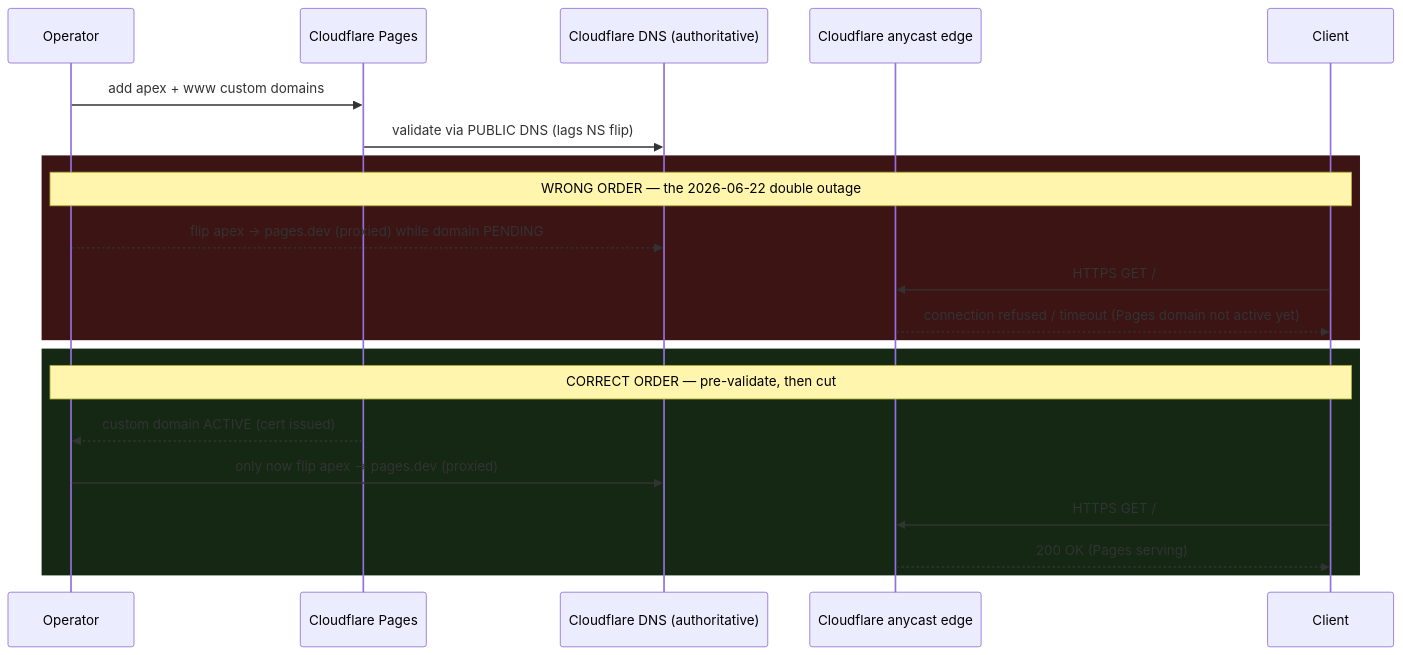
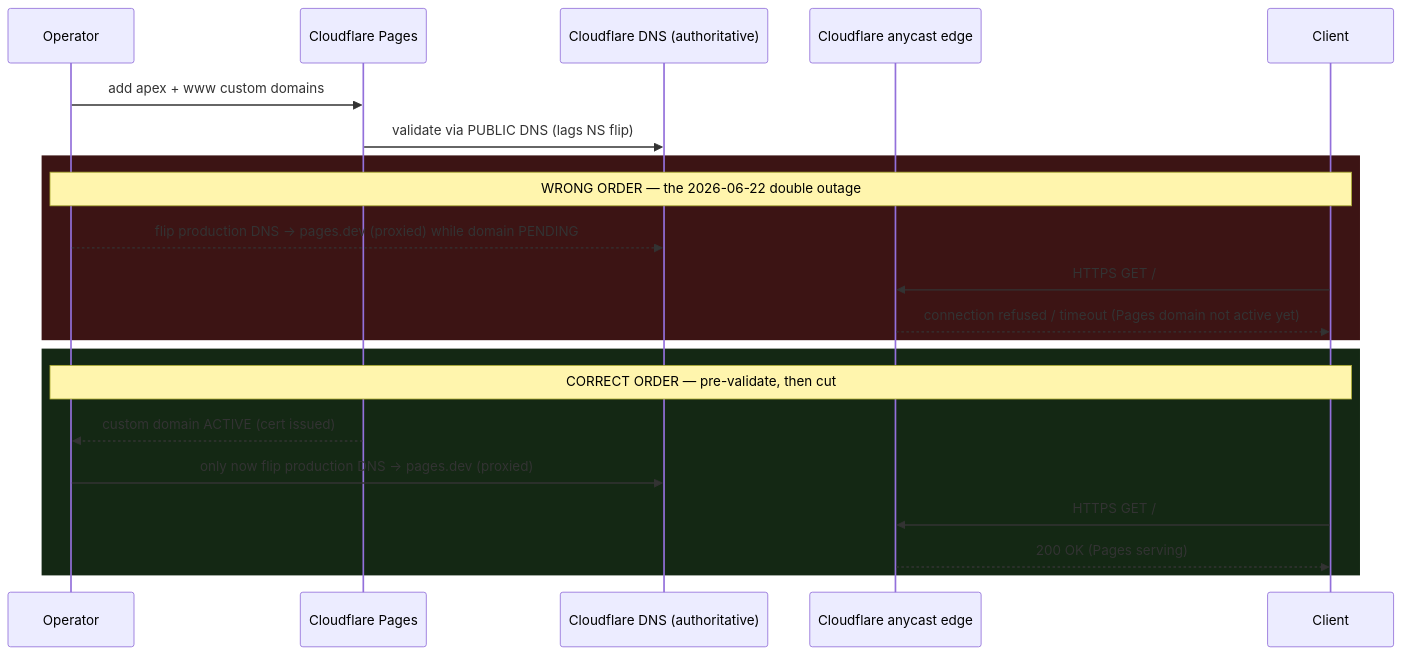
Before and after one commit to Jesssullivan/jesssullivan.github.io: the fifth of 5 diagrams in docs/dns-architecture.md, drawn with Mermaid. The commit also changed other lines of this file and 8 other files, not shown here.

Commit message:
fix(dns): serve www from Cloudflare Pages

````diff
--- a/docs/dns-architecture.md
+++ b/docs/dns-architecture.md
@@ -199,26 +191,26 @@
 ```mermaid
 sequenceDiagram
     participant Op as Operator
     participant CFP as Cloudflare Pages
     participant DNS as Cloudflare DNS (authoritative)
     participant Edge as Cloudflare anycast edge
     participant C as Client
 
     Op->>CFP: add apex + www custom domains
     CFP->>DNS: validate via PUBLIC DNS (lags NS flip)
 
     rect rgb(60, 20, 20)
         Note over Op,C: WRONG ORDER — the 2026-06-22 double outage
-        Op-->>DNS: flip apex → pages.dev (proxied) while domain PENDING
+        Op-->>DNS: flip production DNS → pages.dev (proxied) while domain PENDING
         C->>Edge: HTTPS GET /
         Edge-->>C: connection refused / timeout (Pages domain not active yet)
     end
 
     rect rgb(20, 40, 20)
         Note over Op,C: CORRECT ORDER — pre-validate, then cut
         CFP-->>Op: custom domain ACTIVE (cert issued)
-        Op->>DNS: only now flip apex → pages.dev (proxied)
+        Op->>DNS: only now flip production DNS → pages.dev (proxied)
         C->>Edge: HTTPS GET /
         Edge-->>C: 200 OK (Pages serving)
     end
 ```
````
